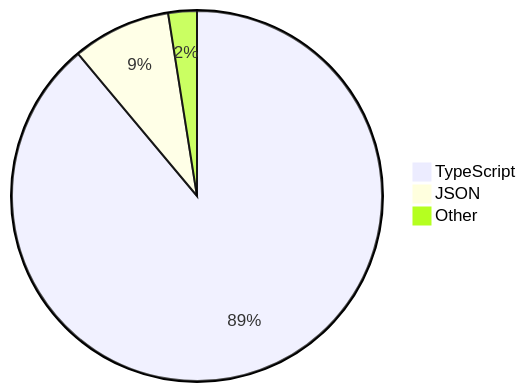
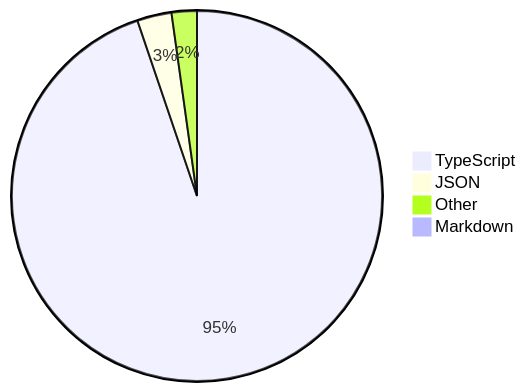
Before and after one commit to skvggor/skvggor: the diagram in README.md, drawn with Mermaid.

Commit message:
Updated waka-readme graph with new metrics

````diff
--- a/README.md
+++ b/README.md
@@ -28,6 +28,7 @@
 ```mermaid
 pie
-    "TypeScript" : 89.0
-    "JSON" : 8.6
-    "Other" : 2.5
+    "TypeScript" : 94.6
+    "JSON" : 3.0
+    "Other" : 2.2
+    "Markdown" : 0.1
 ```
````
